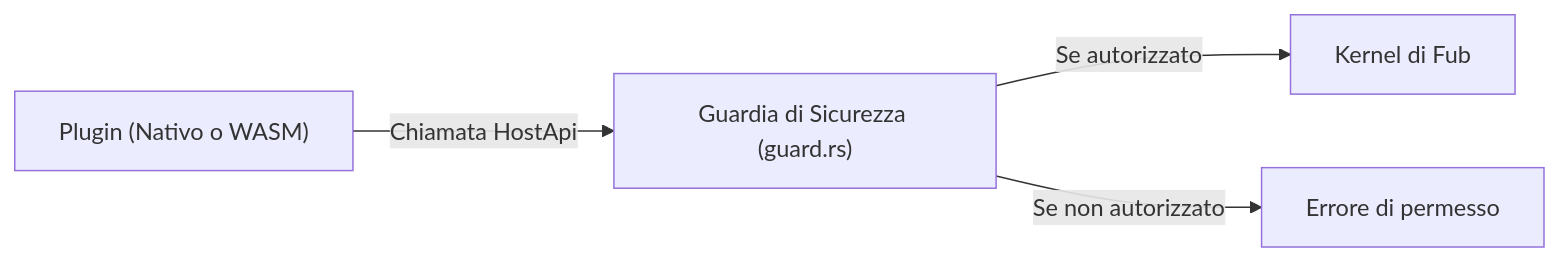
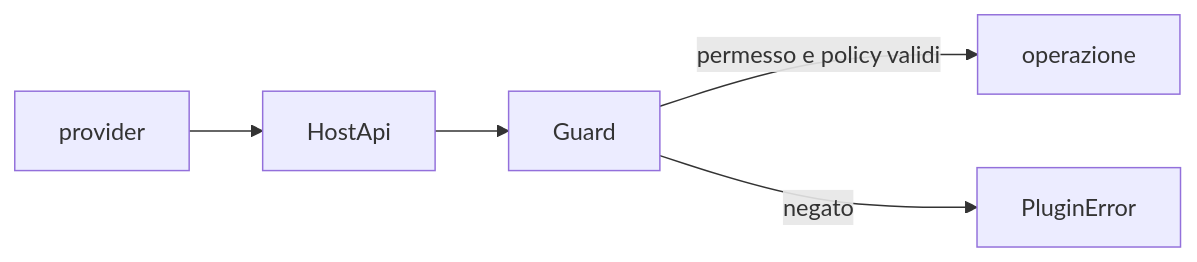
The diagram in docs/04-plugin/02-il-varco-hostapi.md (Fubeo/Fub), drawn with Mermaid before and after one commit. The commit also changed other lines of this file and 11 other files, not shown here.

````diff
--- a/docs/04-plugin/02-il-varco-hostapi.md
+++ b/docs/04-plugin/02-il-varco-hostapi.md
@@ -7,6 +24,7 @@
 ```mermaid
 flowchart LR
-    Plugin["Plugin (Nativo o WASM)"] -->|"Chiamata HostApi"| Guard["Guardia di Sicurezza (guard.rs)"]
-    Guard -->|"Se autorizzato"| Kernel["Kernel di Fub"]
-    Guard -->|"Se non autorizzato"| Deny["Errore di permesso"]
+    Provider["provider"] --> Api["HostApi"]
+    Api --> Guard["Guard"]
+    Guard -->|"permesso e policy validi"| Kernel["operazione"]
+    Guard -->|"negato"| Error["PluginError"]
 ```
````
